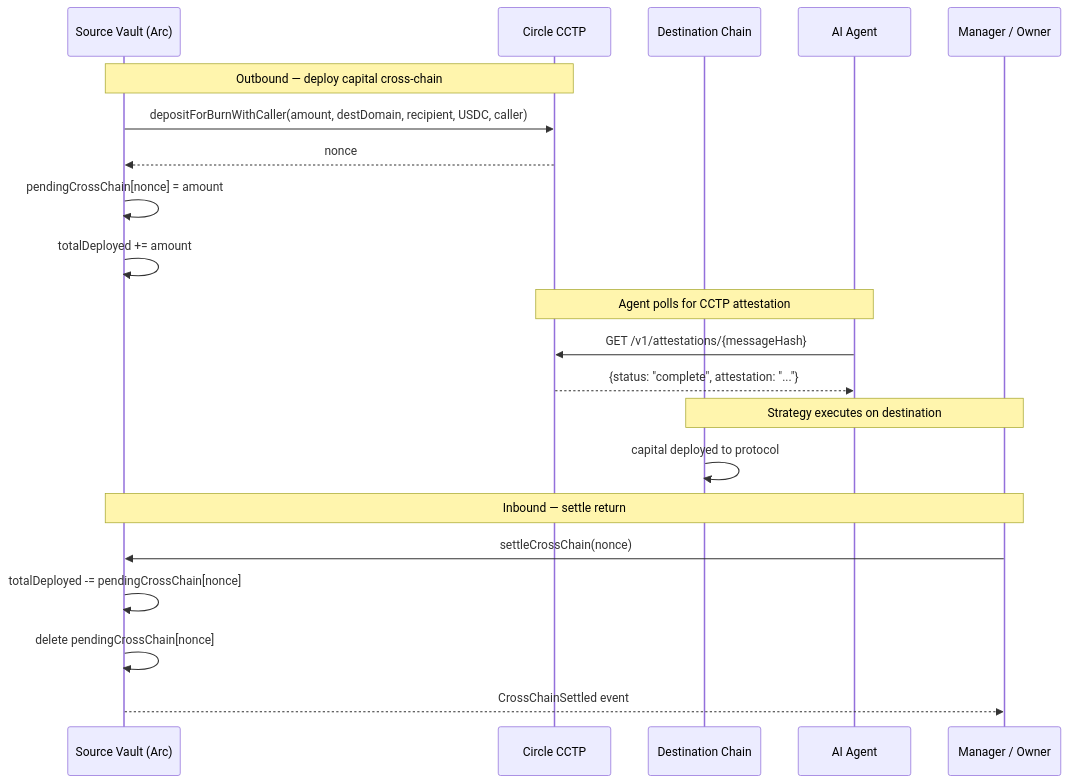
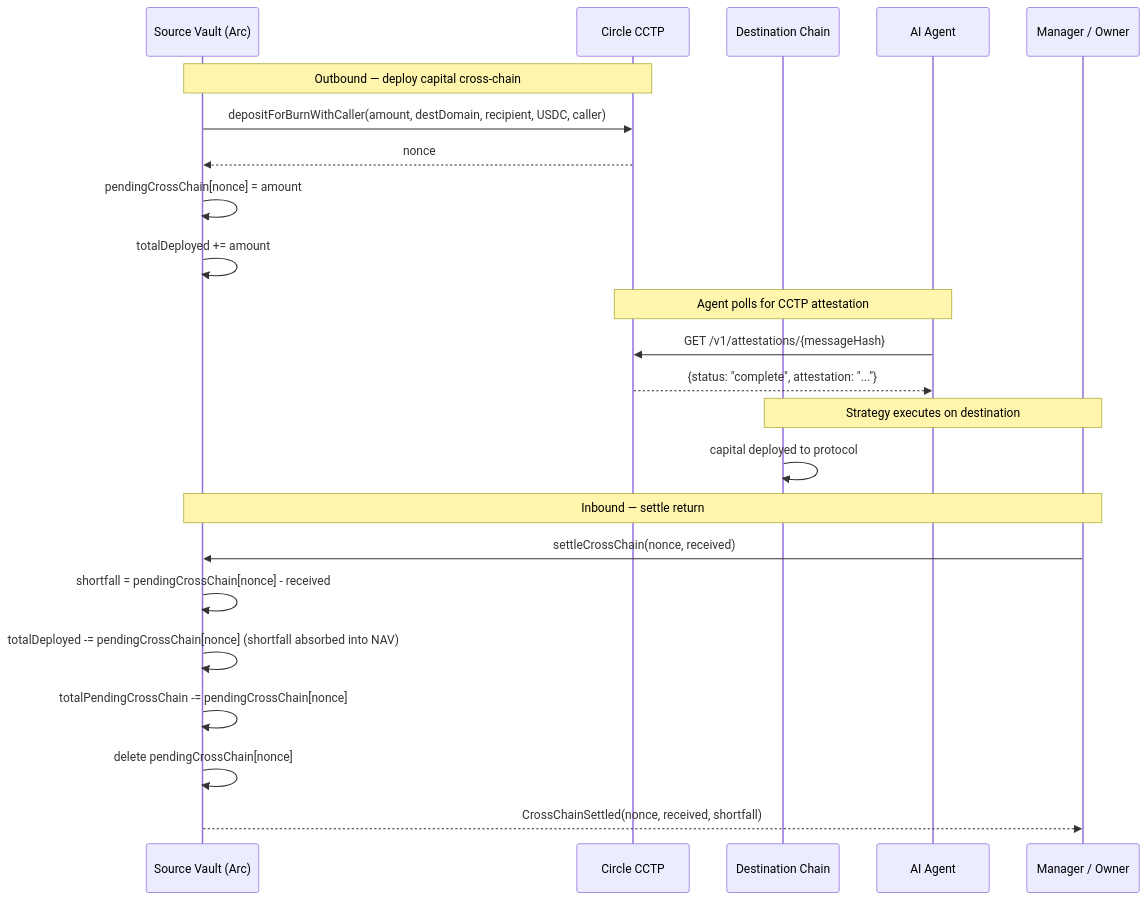
The seventh of 10 diagrams in README.md (0xhaz/DefiVault-Finance), drawn with Mermaid before and after one commit. The commit also changed other lines of this file and 73 other files, not shown here.

````diff
--- a/README.md
+++ b/README.md
@@ -524,27 +545,29 @@
 ```mermaid
 sequenceDiagram
     participant Vault as Source Vault (Arc)
     participant CCTP as Circle CCTP
     participant Dest as Destination Chain
     participant Agent as AI Agent
     participant Owner as Manager / Owner
 
     Note over Vault,CCTP: Outbound — deploy capital cross-chain
     Vault->>CCTP: depositForBurnWithCaller(amount, destDomain, recipient, USDC, caller)
     CCTP-->>Vault: nonce
     Vault->>Vault: pendingCrossChain[nonce] = amount
     Vault->>Vault: totalDeployed += amount
 
     Note over Agent,CCTP: Agent polls for CCTP attestation
     Agent->>CCTP: GET /v1/attestations/{messageHash}
     CCTP-->>Agent: {status: "complete", attestation: "..."}
 
     Note over Dest,Owner: Strategy executes on destination
     Dest->>Dest: capital deployed to protocol
 
     Note over Owner,Vault: Inbound — settle return
-    Owner->>Vault: settleCrossChain(nonce)
-    Vault->>Vault: totalDeployed -= pendingCrossChain[nonce]
+    Owner->>Vault: settleCrossChain(nonce, received)
+    Vault->>Vault: shortfall = pendingCrossChain[nonce] - received
+    Vault->>Vault: totalDeployed -= pendingCrossChain[nonce] (shortfall absorbed into NAV)
+    Vault->>Vault: totalPendingCrossChain -= pendingCrossChain[nonce]
     Vault->>Vault: delete pendingCrossChain[nonce]
-    Vault-->>Owner: CrossChainSettled event
+    Vault-->>Owner: CrossChainSettled(nonce, received, shortfall)
 ```
````
